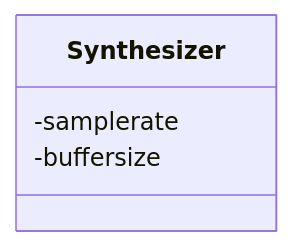
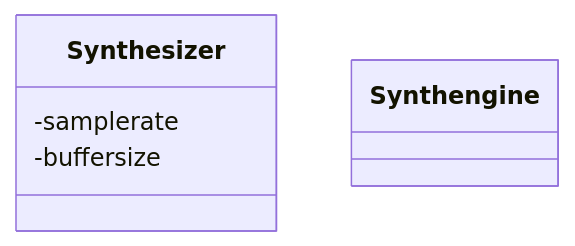
The diagram in dokumentaatio/luokkakaavio.md (rudolf-heiskanen/ot-harjoitustyo), drawn with Mermaid before and after one commit.

````diff
--- a/dokumentaatio/luokkakaavio.md
+++ b/dokumentaatio/luokkakaavio.md
@@ -2,7 +2,8 @@
 ```mermaid
 classDiagram
     class Synthesizer{
         -samplerate
 	-buffersize
     }
+    class Synthengine
 ```
````
